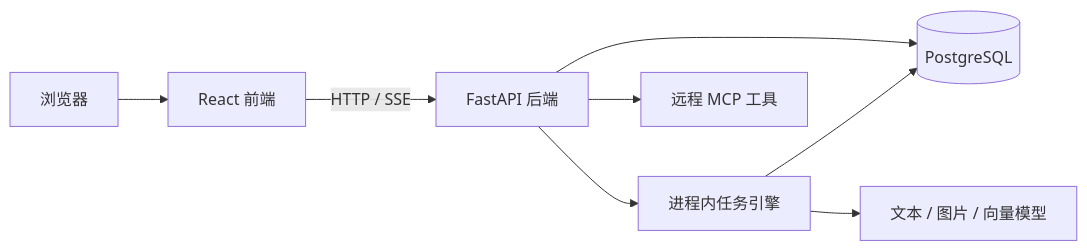
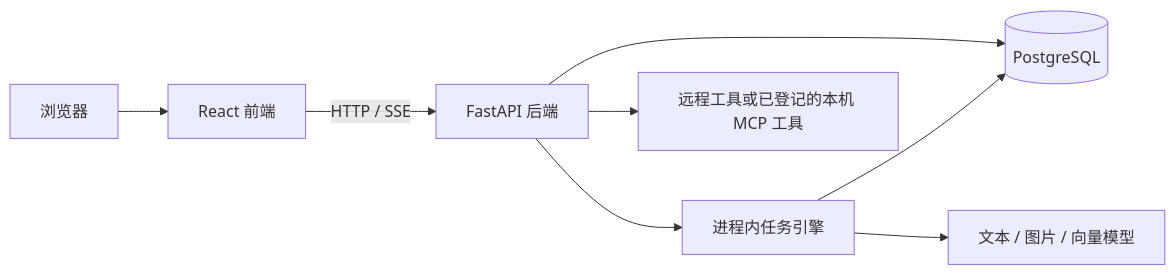
The diagram in README.md (wenyuantc/ai-novel-hub), drawn with Mermaid before and after one commit. The commit also changed other lines of this file and 68 other files, not shown here.

````diff
--- a/README.md
+++ b/README.md
@@ -84,10 +84,10 @@
 ```mermaid
 flowchart LR
     Browser[浏览器] --> Web[React 前端]
     Web -->|HTTP / SSE| API[FastAPI 后端]
     API --> DB[(PostgreSQL)]
     API --> Tasks[进程内任务引擎]
     Tasks --> DB
     Tasks --> Models[文本 / 图片 / 向量模型]
-    API --> MCP[远程 MCP 工具]
+    API --> MCP[远程工具或已登记的本机 MCP 工具]
 ```
````
